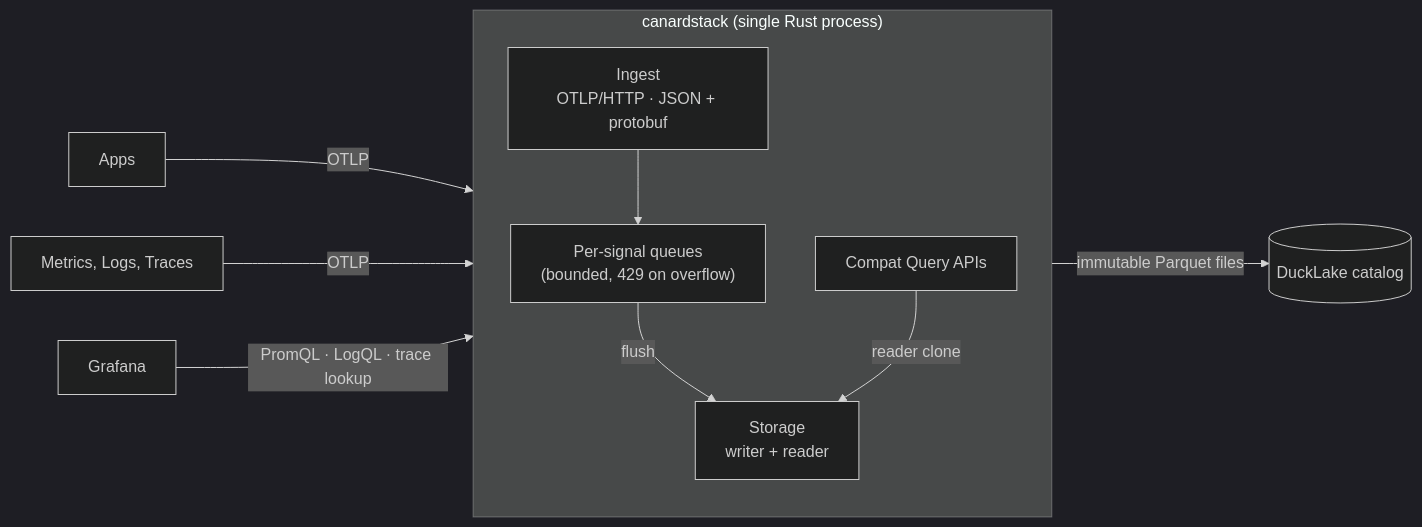
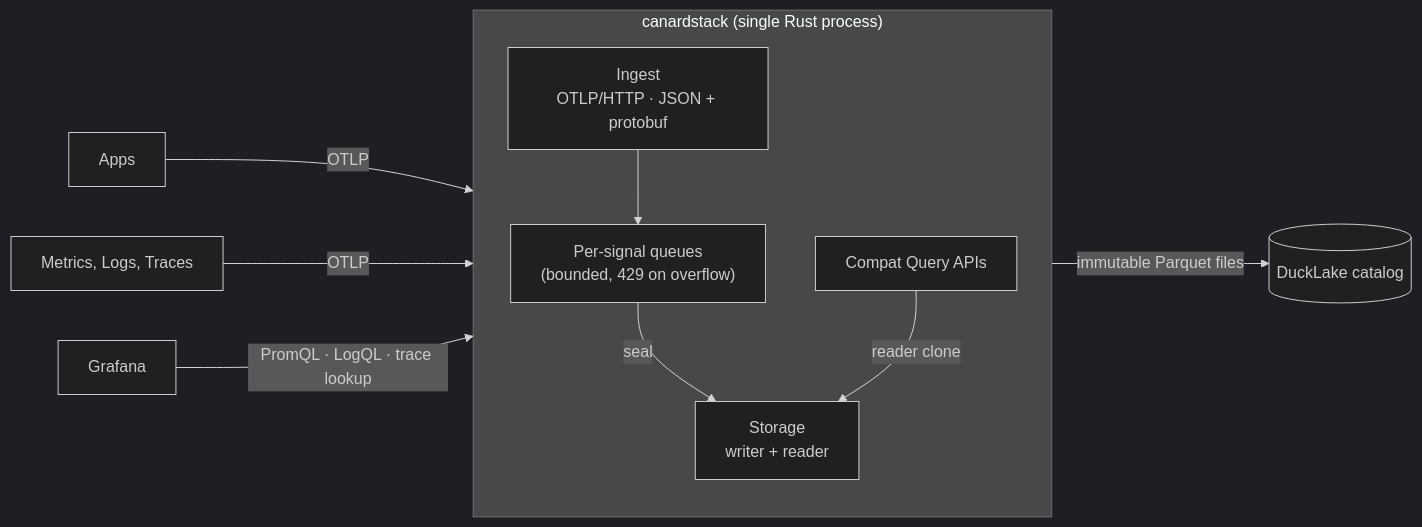
One commit to smithclay/canardstack changed the diagram in README.md. Above: the diagram before and after it, drawn with Mermaid (dark theme). The commit also changed 32 other files, not shown here.

````diff
--- a/README.md
+++ b/README.md
@@ -157,22 +157,22 @@
 ```mermaid
 flowchart LR
     Collector["Metrics, Logs, Traces"]
     Grafana["Grafana"]
 
     subgraph Canardstack["canardstack (single Rust process)"]
         direction TB
         Ingest["Ingest<br/>OTLP/HTTP · JSON + protobuf"]
         Queues["Per-signal queues<br/>(bounded, 429 on overflow)"]
         Storage["Storage<br/>writer + reader"]
         Compat["Compat Query APIs"]
         Ingest --> Queues
-        Queues -->|flush| Storage
+        Queues -->|seal| Storage
         Compat -->|reader clone| Storage
     end
 
     Apps -->|OTLP| Ingest
     Collector -->|OTLP| Ingest
     Grafana -->|PromQL · LogQL · trace lookup| Compat
 
     Storage -->|immutable Parquet files| Lake[("DuckLake catalog<br/>")]
 ```
````
